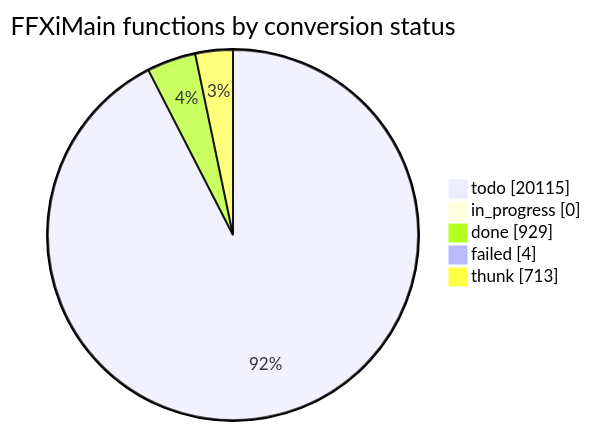
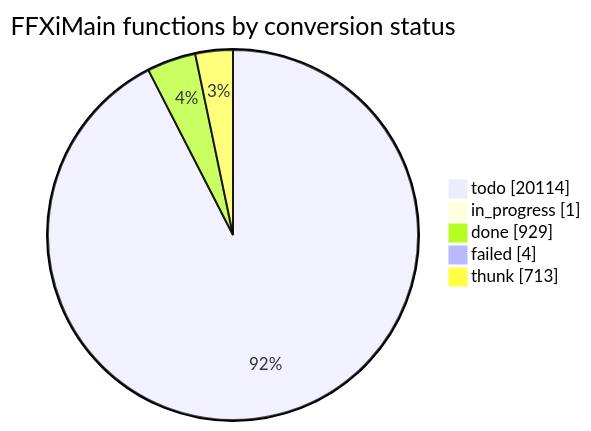
The diagram in docs/cow/STATUS.md (cowrevenge/cow_kuluu_xi_anything), drawn with Mermaid before and after one commit. The commit also changed other lines of this file and 7 other files, not shown here.

````diff
--- a/docs/cow/STATUS.md
+++ b/docs/cow/STATUS.md
@@ -18,9 +18,9 @@
 ```mermaid
 pie showData
     title FFXiMain functions by conversion status
-    "todo" : 20115
-    "in_progress" : 0
+    "todo" : 20114
+    "in_progress" : 1
     "done" : 929
     "failed" : 4
     "thunk" : 713
 ```
````
